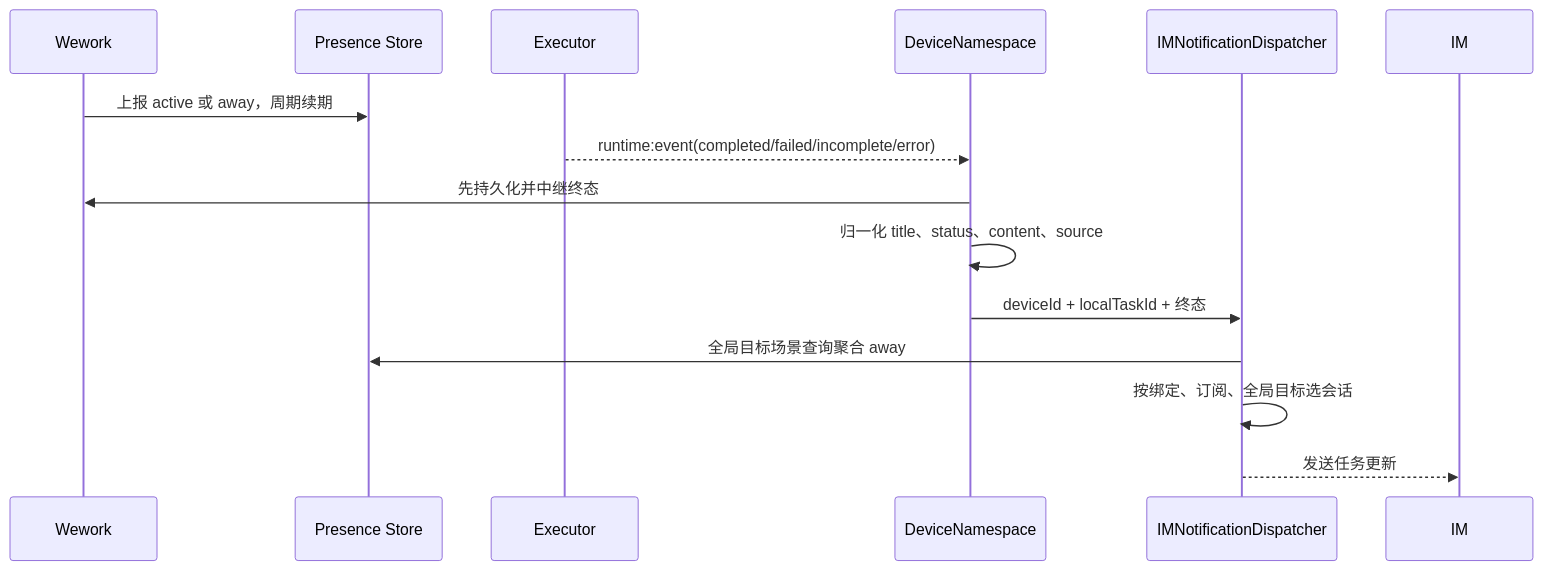
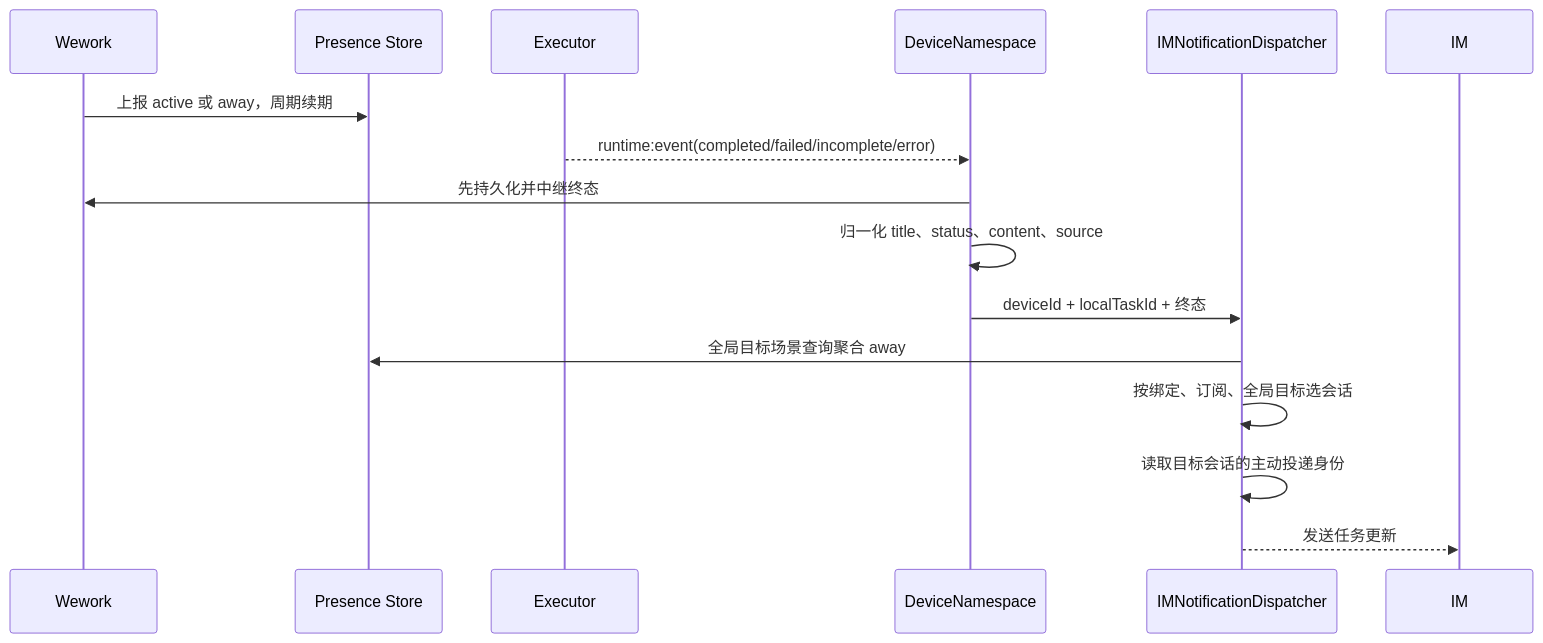
The second of 2 diagrams in docs/zh/architecture/runtime-im-notifications.md (wecode-ai/Wegent), drawn with Mermaid before and after one commit. The commit also changed other lines of this file and 10 other files, not shown here.

````diff
--- a/docs/zh/architecture/runtime-im-notifications.md
+++ b/docs/zh/architecture/runtime-im-notifications.md
@@ -23,18 +24,19 @@
 ```mermaid
 sequenceDiagram
     participant W as Wework
     participant P as Presence Store
     participant E as Executor
     participant D as DeviceNamespace
     participant N as IMNotificationDispatcher
     participant I as IM
 
     W->>P: 上报 active 或 away，周期续期
     E-->>D: runtime:event(completed/failed/incomplete/error)
     D->>W: 先持久化并中继终态
     D->>D: 归一化 title、status、content、source
     D->>N: deviceId + localTaskId + 终态
     N->>P: 全局目标场景查询聚合 away
     N->>N: 按绑定、订阅、全局目标选会话
+    N->>N: 读取目标会话的主动投递身份
     N-->>I: 发送任务更新
 ```
````
